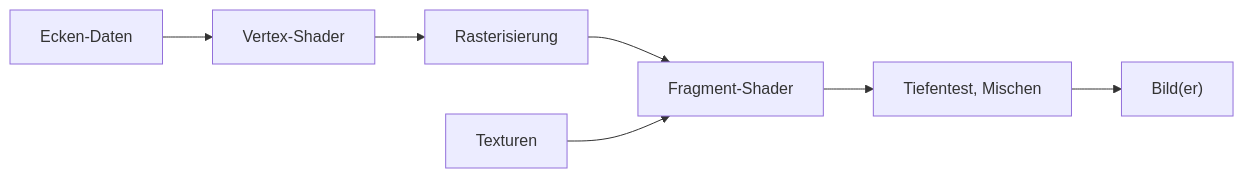
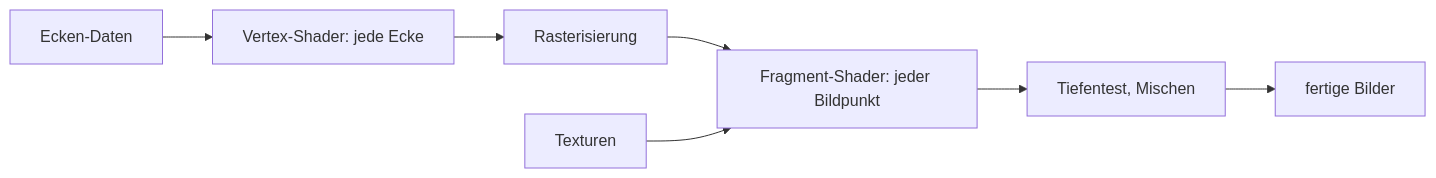
One commit to ChristianHohlfeld/kernengine.de changed the second of 3 diagrams in kern/docs/buch-gruen/B-grundlagen-rendering.md. Above: the diagram before and after it, drawn with Mermaid. The commit also changed other lines of this file and 22 other files, not shown here.

````diff
--- a/kern/docs/buch-gruen/B-grundlagen-rendering.md
+++ b/kern/docs/buch-gruen/B-grundlagen-rendering.md
@@ -163,9 +243,9 @@
 ```mermaid
 flowchart LR
-  VB["Ecken-Daten"] --> VS["Vertex-Shader"]
+  VB["Ecken-Daten"] --> VS["Vertex-Shader: jede Ecke"]
   VS --> R["Rasterisierung"]
-  R --> FS["Fragment-Shader"]
+  R --> FS["Fragment-Shader: jeder Bildpunkt"]
   T["Texturen"] --> FS
   FS --> D["Tiefentest, Mischen"]
-  D --> FB["Bild(er)"]
+  D --> FB["fertige Bilder"]
 ```
````
